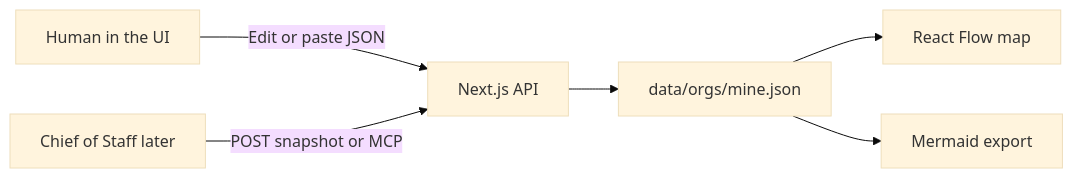
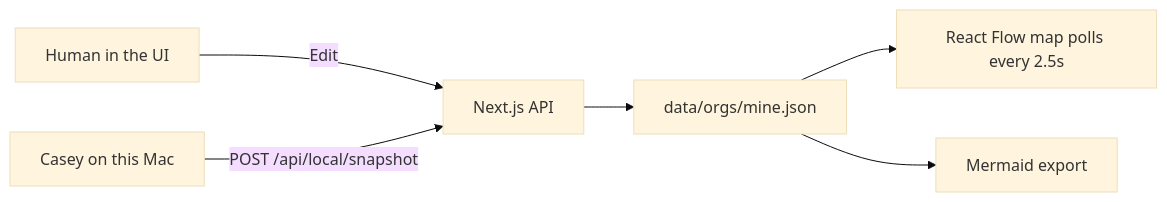
One commit to supe-log/eye-of-grok changed the diagram in ARCHITECTURE.md. Above: the diagram before and after it, drawn with Mermaid (base theme). The commit also changed other lines of this file and 24 other files, not shown here.

````diff
--- a/ARCHITECTURE.md
+++ b/ARCHITECTURE.md
@@ -62,8 +63,8 @@
 ```mermaid
 flowchart LR
-  Human[Human in the UI] -->|Edit or paste JSON| API
-  CoS[Chief of Staff later] -->|POST snapshot or MCP| API
+  Human[Human in the UI] -->|Edit| API
+  Casey[Casey on this Mac] -->|POST /api/local/snapshot| API
   API[Next.js API] --> Store[data/orgs/mine.json]
-  Store --> Map[React Flow map]
+  Store --> Map[React Flow map polls every 2.5s]
   Store --> Mermaid[Mermaid export]
 ```
````
